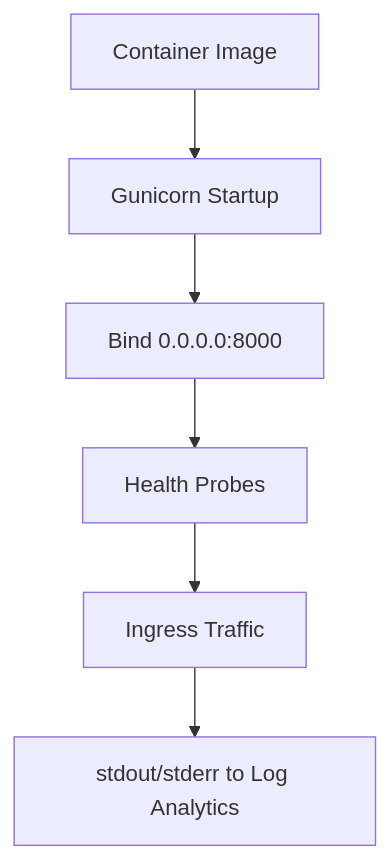
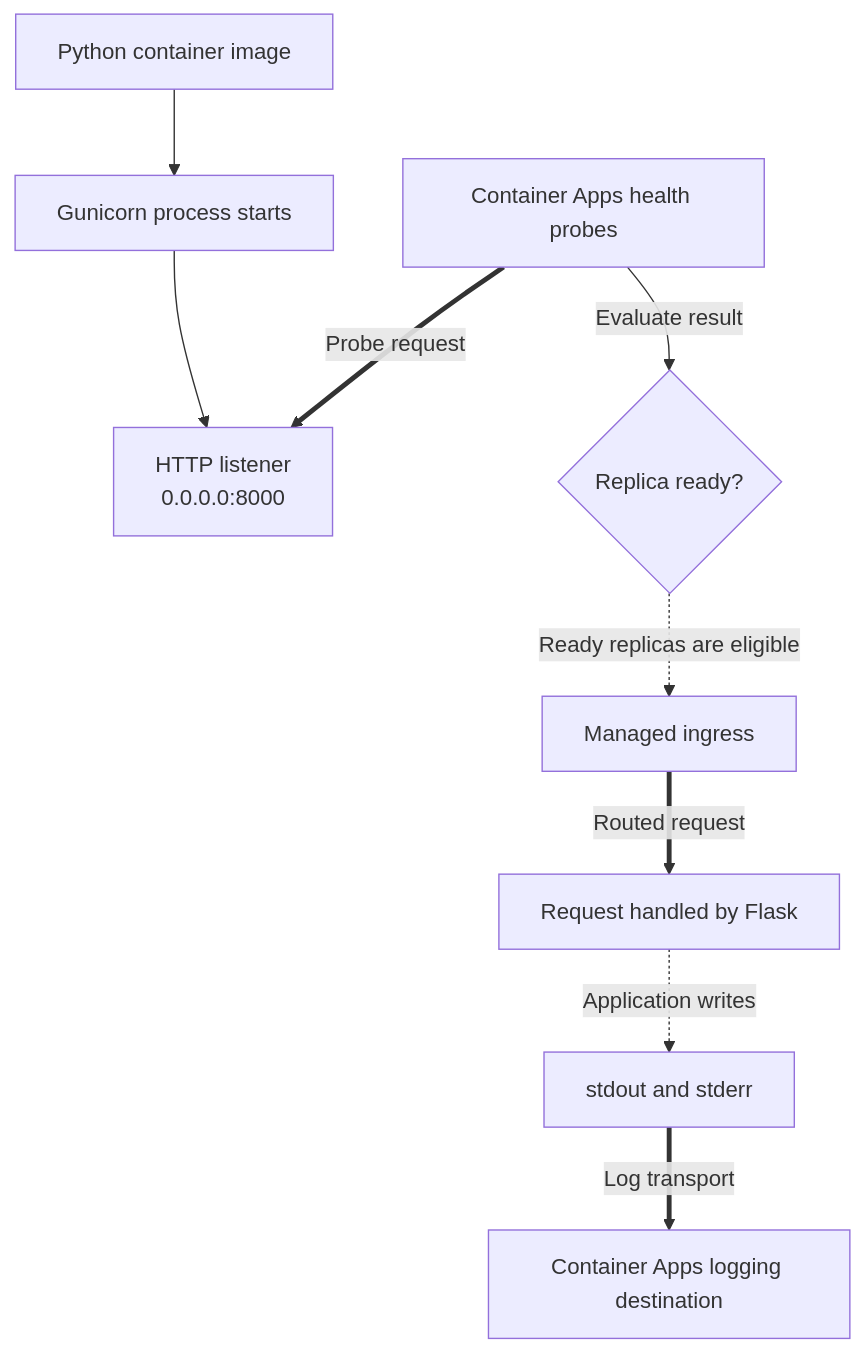
The diagram in docs/language-guides/python/python-runtime.md (yeongseon/azure-container-apps-practical-guide), drawn with Mermaid before and after one commit. The commit also changed other lines of this file and 22 other files, not shown here.

Commit message:
docs(diagrams): migrate language navigation and .NET recipe diagrams

````diff
--- a/docs/language-guides/python/python-runtime.md
+++ b/docs/language-guides/python/python-runtime.md
@@ -18,8 +18,22 @@
 ```mermaid
 flowchart TD
-    IMG[Container Image] --> BOOT[Gunicorn Startup]
-    BOOT --> PORT[Bind 0.0.0.0:8000]
-    PORT --> PROBE[Health Probes]
-    PROBE --> TRAFFIC[Ingress Traffic]
-    TRAFFIC --> LOGS[stdout/stderr to Log Analytics]
+    accTitle: Python runtime execution model in Container Apps
+    accDescr: A revision starts the container image and Gunicorn listener. Platform health probes determine readiness, managed ingress routes requests to a ready replica, and console output is collected for logging.
+    IMAGE[Python container image]
+    START[Gunicorn process starts]
+    LISTEN[HTTP listener<br/>0.0.0.0:8000]
+    PROBES[Container Apps health probes]
+    READY{Replica ready?}
+    INGRESS[Managed ingress]
+    REQUEST[Request handled by Flask]
+    CONSOLE[stdout and stderr]
+    LOGS[Container Apps logging destination]
+
+    IMAGE --> START --> LISTEN
+    PROBES ==>|"Probe request"| LISTEN
+    PROBES -->|"Evaluate result"| READY
+    READY -.->|"Ready replicas are eligible"| INGRESS
+    INGRESS ==>|"Routed request"| REQUEST
+    REQUEST -.->|"Application writes"| CONSOLE
+    CONSOLE ==>|"Log transport"| LOGS
 ```
````
